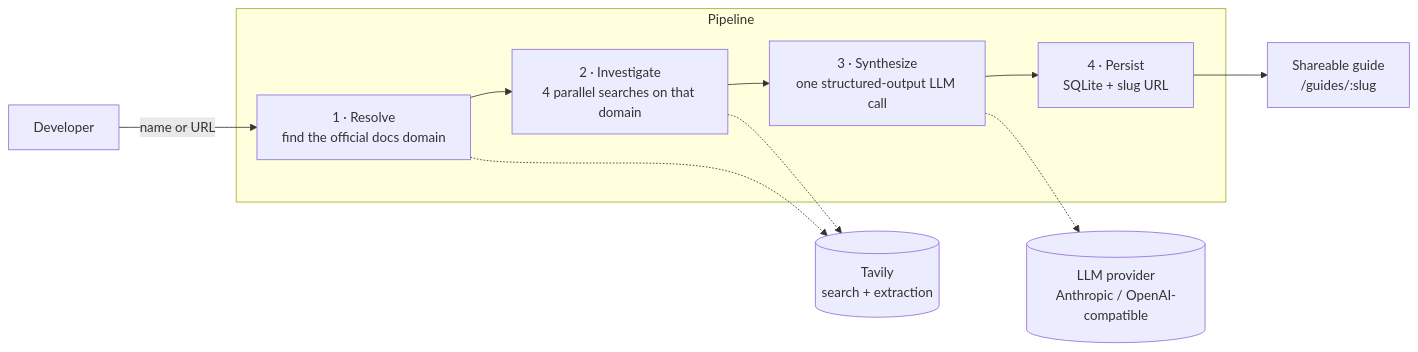
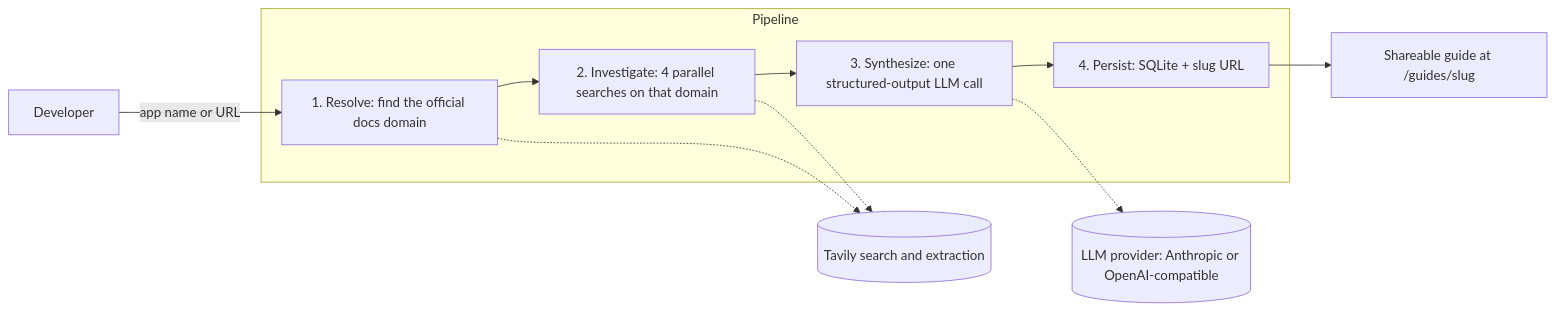
The diagram in README.md (code-infected/oauth-guide-agent), drawn with Mermaid before and after one commit.

Commit message:
Fix architecture diagram rendering on GitHub

````diff
--- a/README.md
+++ b/README.md
@@ -117,12 +117,13 @@
 ```mermaid
 flowchart LR
-    U[Developer] -->|name or URL| R
-    subgraph Pipeline
-      R[1 · Resolve<br/>find the official docs domain] --> I[2 · Investigate<br/>4 parallel searches on that domain]
-      I --> S[3 · Synthesize<br/>one structured-output LLM call]
-      S --> P[4 · Persist<br/>SQLite + slug URL]
+    U["Developer"] -->|"app name or URL"| R
+    subgraph pipeline["Pipeline"]
+        R["1. Resolve: find the official docs domain"] --> I["2. Investigate: 4 parallel searches on that domain"]
+        I --> S["3. Synthesize: one structured-output LLM call"]
+        S --> P["4. Persist: SQLite + slug URL"]
     end
-    R & I -.-> T[(Tavily<br/>search + extraction)]
-    S -.-> L[(LLM provider<br/>Anthropic / OpenAI-compatible)]
-    P --> G[Shareable guide<br/>/guides/:slug]
+    R -.-> T[("Tavily search and extraction")]
+    I -.-> T
+    S -.-> L[("LLM provider: Anthropic or OpenAI-compatible")]
+    P --> G["Shareable guide at /guides/slug"]
 ```
````
